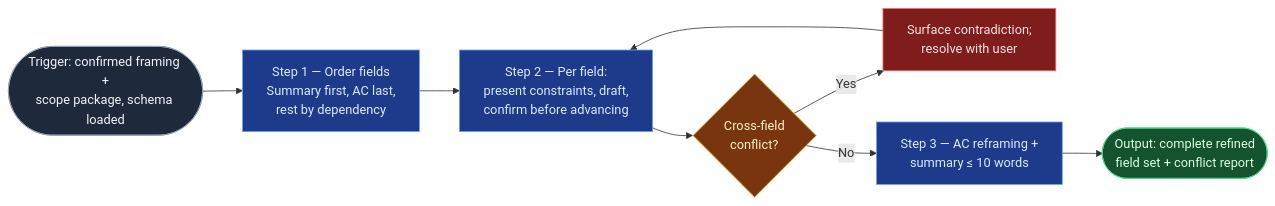
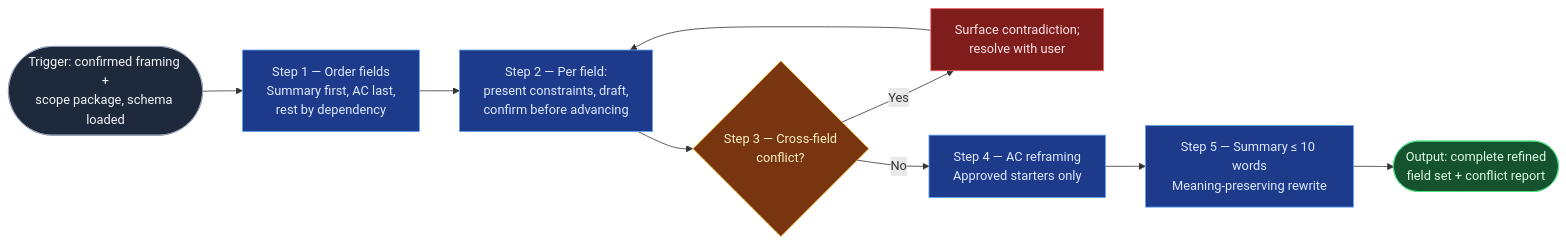
The diagram in skill-foundry/backlog-skill-starters/field-refinement-cadence/SKILL.md (RafySauce/flow-lab), drawn with Mermaid before and after one commit. The commit also changed other lines of this file and 14 other files, not shown here.

First line of the commit message:
Run five-point gate pre-review and flowspace validation for ai-refinement

````diff
--- a/skill-foundry/backlog-skill-starters/field-refinement-cadence/SKILL.md
+++ b/skill-foundry/backlog-skill-starters/field-refinement-cadence/SKILL.md
@@ -37,16 +37,17 @@
 ```mermaid
 flowchart LR
     Start(["Trigger: confirmed framing +<br/>scope package, schema loaded"]):::start --> O["Step 1 — Order fields<br/>Summary first, AC last,<br/>rest by dependency"]:::process
     O --> F["Step 2 — Per field:<br/>present constraints, draft,<br/>confirm before advancing"]:::process
-    F --> X{"Cross-field<br/>conflict?"}:::decision
+    F --> X{"Step 3 — Cross-field<br/>conflict?"}:::decision
     X -->|Yes| R["Surface contradiction;<br/>resolve with user"]:::halt
     R --> F
-    X -->|No| A["Step 3 — AC reframing +<br/>summary ≤ 10 words"]:::process
-    A --> Output(["Output: complete refined<br/>field set + conflict report"]):::output
+    X -->|No| A1["Step 4 — AC reframing<br/>Approved starters only"]:::process
+    A1 --> A2["Step 5 — Summary ≤ 10 words<br/>Meaning-preserving rewrite"]:::process
+    A2 --> Output(["Output: complete refined<br/>field set + conflict report"]):::output
 
     classDef start fill:#1e293b,stroke:#94a3b8,color:#f1f5f9
     classDef process fill:#1e3a8a,stroke:#60a5fa,color:#dbeafe
     classDef decision fill:#78350f,stroke:#fbbf24,color:#fef3c7
     classDef output fill:#14532d,stroke:#4ade80,color:#dcfce7
     classDef halt fill:#7f1d1d,stroke:#f87171,color:#fee2e2
 ```
````
